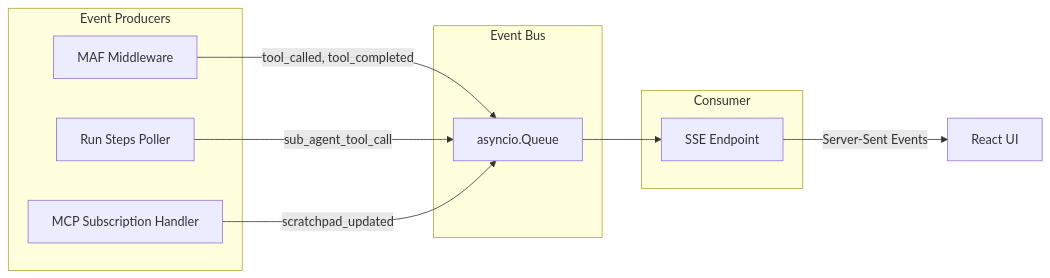
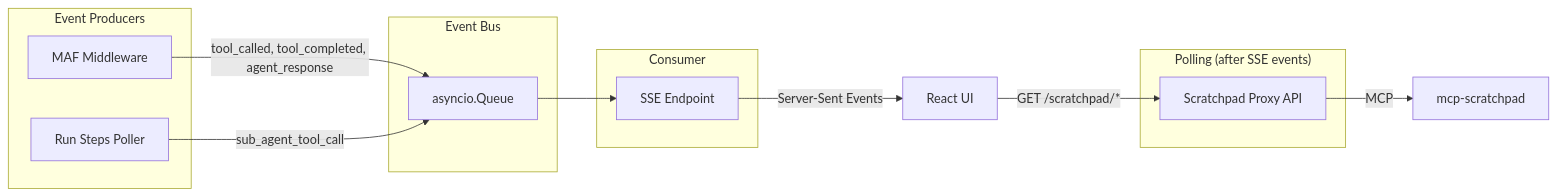
One commit to cloud-ai-summit-cz/ai changed the fourth of 5 diagrams in specs/services/agent-research-orchestrator/ARCHITECTURE.md. Above: the diagram before and after it, drawn with Mermaid. The commit also changed other lines of this file and 39 other files, not shown here.

Commit message:
web - refactor how we poll scratchpad

````diff
--- a/specs/services/agent-research-orchestrator/ARCHITECTURE.md
+++ b/specs/services/agent-research-orchestrator/ARCHITECTURE.md
@@ -198,22 +198,26 @@
 ```mermaid
 flowchart LR
     subgraph Producers["Event Producers"]
         MW[MAF Middleware]
         RS[Run Steps Poller]
-        MCP[MCP Subscription Handler]
     end
     
     subgraph Bus["Event Bus"]
         Q[asyncio.Queue]
     end
     
     subgraph Consumer["Consumer"]
         SSE[SSE Endpoint]
     end
     
-    MW -->|tool_called, tool_completed| Q
+    subgraph Polling["Polling (after SSE events)"]
+        POLL[Scratchpad Proxy API]
+    end
+    
+    MW -->|tool_called, tool_completed, agent_response| Q
     RS -->|sub_agent_tool_call| Q
-    MCP -->|scratchpad_updated| Q
     Q --> SSE
     SSE -->|Server-Sent Events| UI[React UI]
+    UI -->|GET /scratchpad/*| POLL
+    POLL -->|MCP| MCP[mcp-scratchpad]
 ```
````
